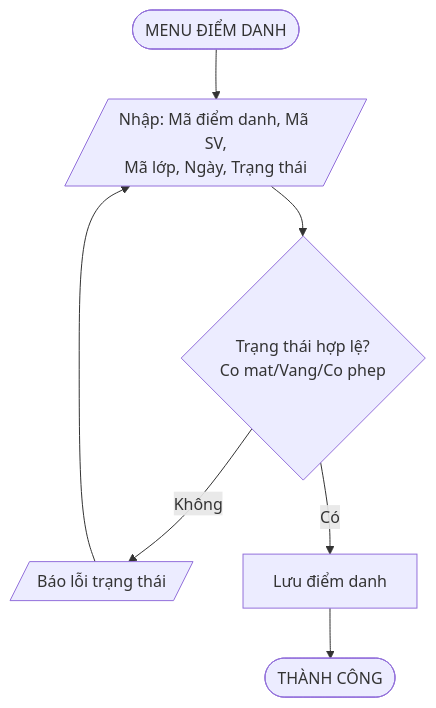
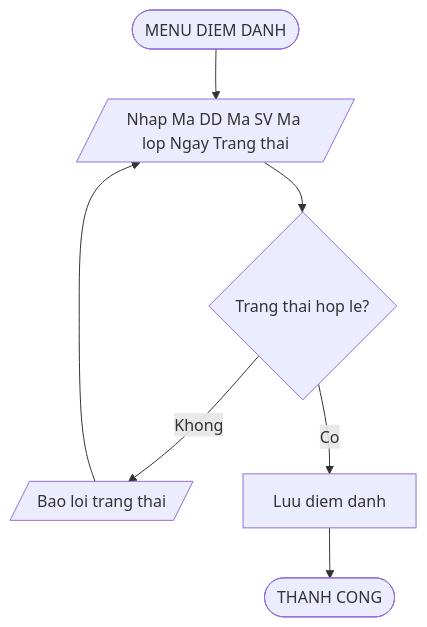
Before and after one commit to phucphuc2006/pro-192: diagram 15 of 20 in docs/Flowcharts/Flowcharts.md, drawn with Mermaid. The commit also changed other lines of this file, not shown here.

Commit message:
Fix Mermaid syntax for GitHub compatibility

````diff
--- a/docs/Flowcharts/Flowcharts.md
+++ b/docs/Flowcharts/Flowcharts.md
@@ -263,9 +263,9 @@
 ```mermaid
 flowchart TD
-    A([MENU ĐIỂM DANH]) --> B[/Nhập: Mã điểm danh, Mã SV,<br/>Mã lớp, Ngày, Trạng thái/]
-    B --> C{Trạng thái hợp lệ?<br/>Co mat/Vang/Co phep}
-    C -->|Không| D[/Báo lỗi trạng thái/]
+    A([MENU DIEM DANH]) --> B[/Nhap Ma DD Ma SV Ma lop Ngay Trang thai/]
+    B --> C{Trang thai hop le?}
+    C -->|Khong| D[/Bao loi trang thai/]
     D --> B
-    C -->|Có| E[Lưu điểm danh]
-    E --> F([THÀNH CÔNG])
+    C -->|Co| E[Luu diem danh]
+    E --> F([THANH CONG])
 ```
````
